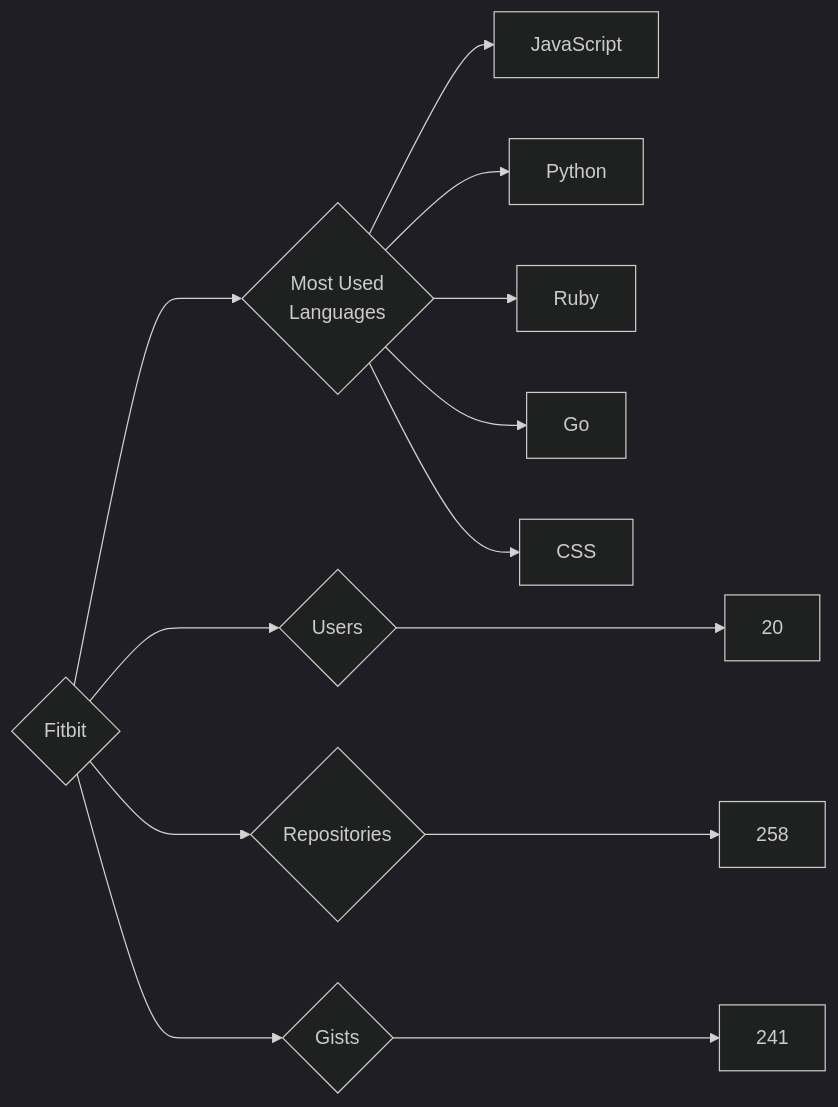
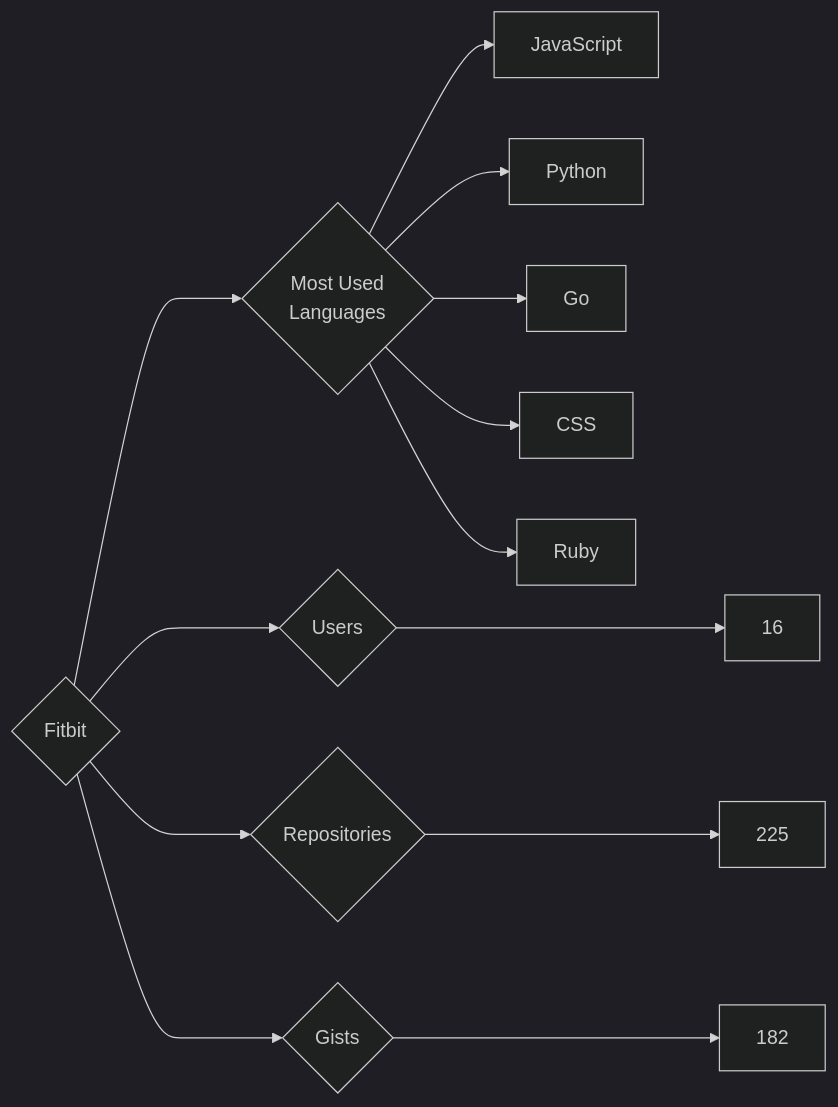
Before and after one commit to trickest/insiders: the diagram in targets/Fitbit/README.md, drawn with Mermaid (dark theme). The commit also changed 715 other files, not shown here.

````diff
--- a/targets/Fitbit/README.md
+++ b/targets/Fitbit/README.md
@@ -3,13 +3,13 @@
 ```mermaid
 graph LR
 COMPANY_NAME{Fitbit}
-COMPANY_NAME ---> U{Users} ---> UN[20]
-COMPANY_NAME ---> R{Repositories} ---> RN[258]
-COMPANY_NAME ---> G{Gists} ---> GN[241]
+COMPANY_NAME ---> U{Users} ---> UN[16]
+COMPANY_NAME ---> R{Repositories} ---> RN[225]
+COMPANY_NAME ---> G{Gists} ---> GN[182]
 COMPANY_NAME ---> ML{Most Used<br>Languages}
 ML --> JavaScript[JavaScript]
 ML --> Python[Python]
-ML --> Ruby[Ruby]
 ML --> Go[Go]
 ML --> CSS[CSS]
+ML --> Ruby[Ruby]
 ```
````
